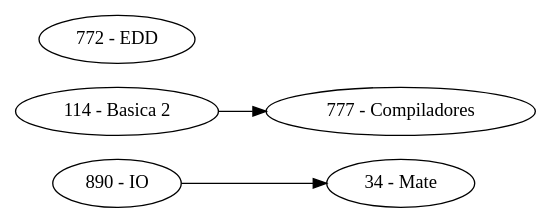
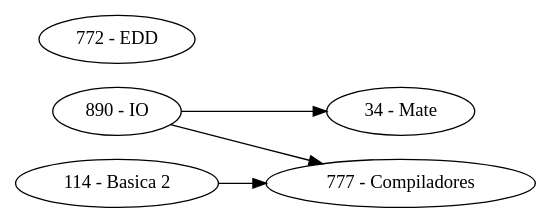
One commit to JASAdrian1/EDD_SmartClass_201901704 changed the diagram in Fase3/Servidor/Cursos/grafica_cusos.dot. Above: the diagram before and after it, drawn with Graphviz. The commit also changed 24 other files, not shown here.

```diff
--- a/Fase3/Servidor/Cursos/grafica_cusos.dot
+++ b/Fase3/Servidor/Cursos/grafica_cusos.dot
@@ -1,9 +1,10 @@
 digraph arbol {
  rankdir="LR"n34[label="34 - Mate"];
 n777[label="777 - Compiladores"];
 n772[label="772 - EDD"];
 n114[label="114 - Basica 2"];
 n890[label="890 - IO"];
 n114 -> n777
 n890 -> n34
+n890 -> n777
 }
```
